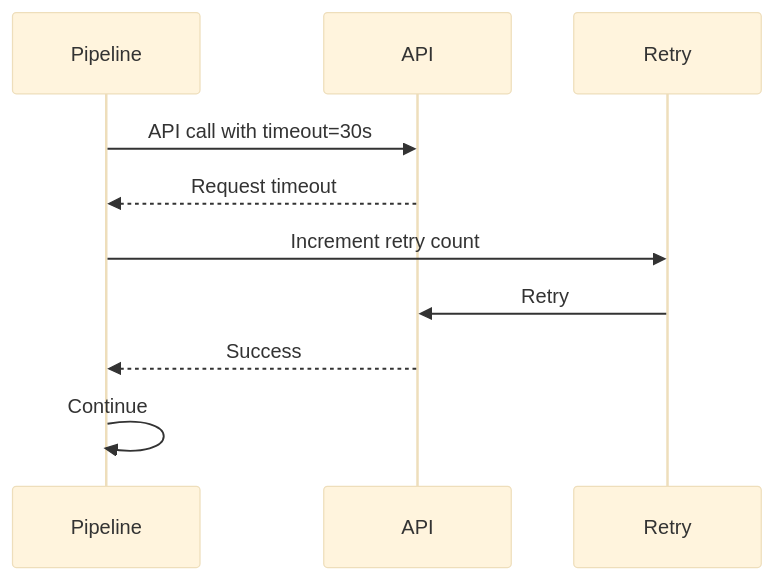
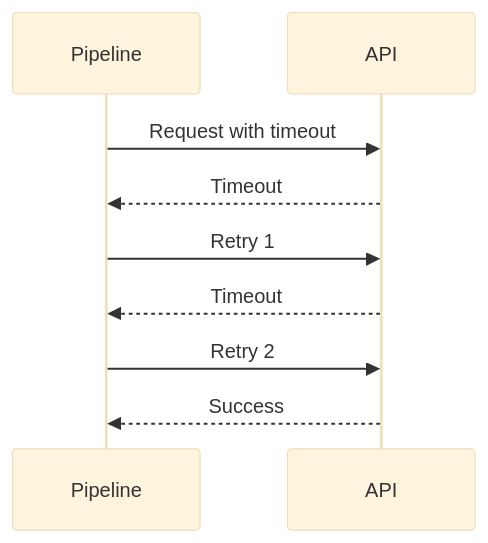
The second of 5 diagrams in examples/api_pipeline/06_full_config/README.md (wisrovi/wpipe), drawn with Mermaid (base theme) before and after one commit. The commit also changed other lines of this file and 20 other files, not shown here.

First line of the commit message:
Simplify Mermaid diagrams for better rendering

````diff
--- a/examples/api_pipeline/06_full_config/README.md
+++ b/examples/api_pipeline/06_full_config/README.md
@@ -25,13 +25,12 @@
 ```mermaid
 sequenceDiagram
-    participant Pipeline
-    participant API
-    participant Retry
+    participant P as Pipeline
+    participant A as API
     
-    Pipeline->>API: API call with timeout=30s
-    API-->>Pipeline: Request timeout
-    Pipeline->>Retry: Increment retry count
-    Retry->>API: Retry #1
-    API-->>Pipeline: Success
-    Pipeline->>Pipeline: Continue
+    P->>A: Request with timeout
+    A-->>P: Timeout
+    P->>A: Retry 1
+    A-->>P: Timeout
+    P->>A: Retry 2
+    A-->>P: Success
 ```
````
